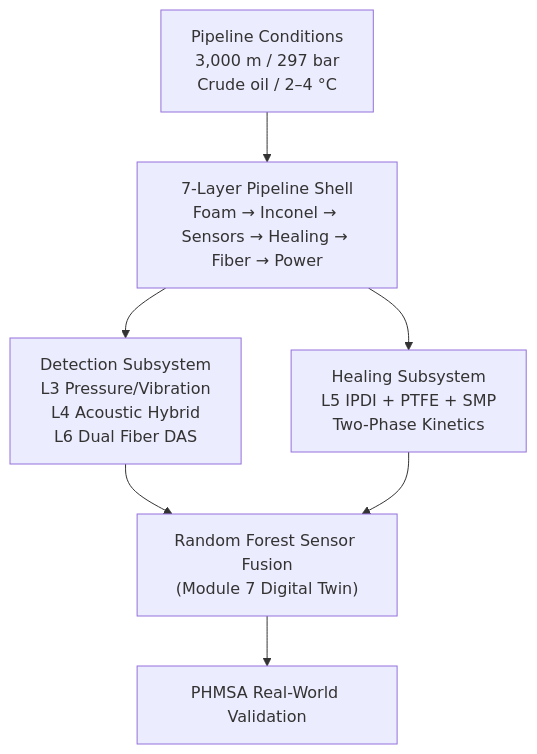
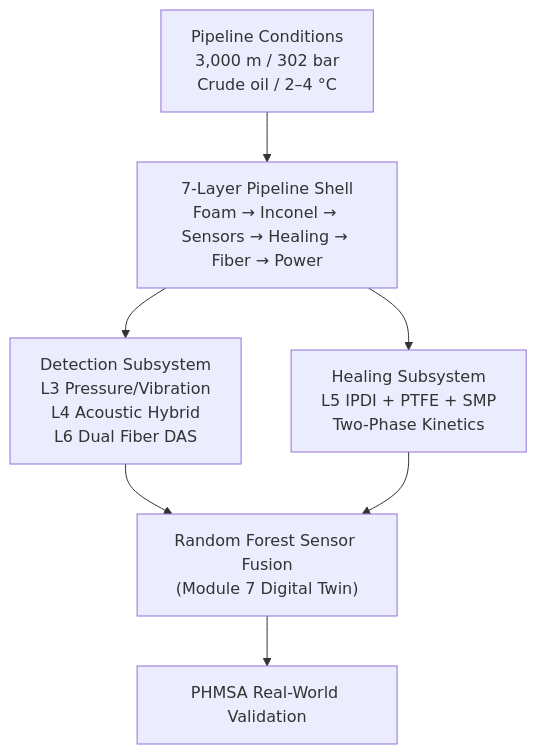
One commit to Rajlohith/deep-sea-pipeline-pinhole-leak-and-self-healing-simulation changed the diagram in README.md. Above: the diagram before and after it, drawn with Mermaid. The commit also changed other lines of this file and 3 other files, not shown here.

````diff
--- a/README.md
+++ b/README.md
@@ -129,21 +129,21 @@
 ```mermaid
 flowchart TD
-    A["Pipeline Conditions<br/>3,000 m / 297 bar<br/>Crude oil / 2–4 °C"]
+    A["Pipeline Conditions<br/>3,000 m / 302 bar<br/>Crude oil / 2–4 °C"]
 
     B["7-Layer Pipeline Shell<br/>Foam → Inconel → Sensors → Healing → Fiber → Power"]
 
     C["Detection Subsystem<br/>L3 Pressure/Vibration<br/>L4 Acoustic Hybrid<br/>L6 Dual Fiber DAS"]
 
     D["Healing Subsystem<br/>L5 IPDI + PTFE + SMP<br/>Two-Phase Kinetics"]
 
     E["Random Forest Sensor Fusion<br/>(Module 7 Digital Twin)"]
 
     F["PHMSA Real-World Validation"]
 
     A --> B
     B --> C
     B --> D
     C --> E
     D --> E
     E --> F
 ```
````
